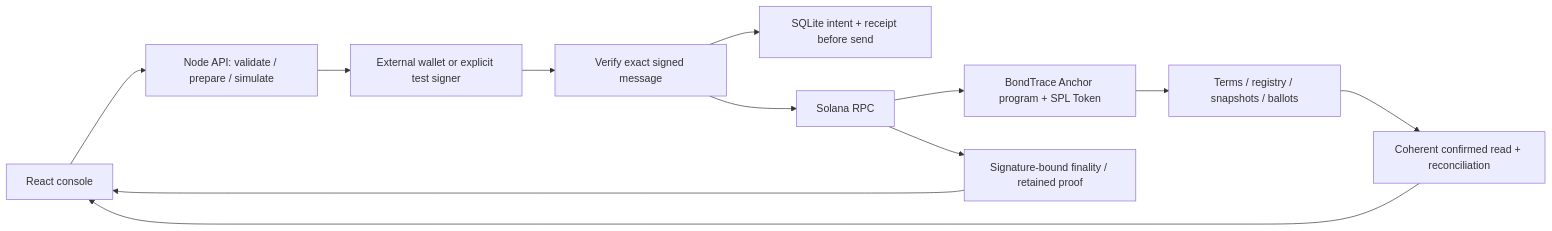
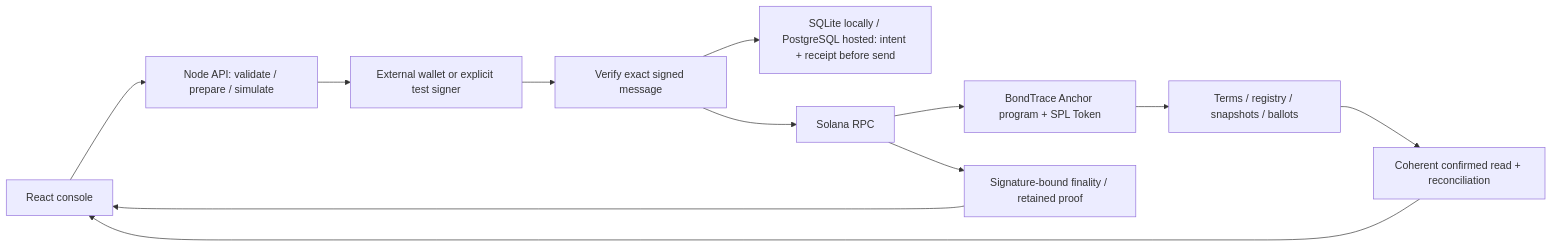
The diagram in README.md (dimik98330/solana-worldsfair-2026), drawn with Mermaid before and after one commit. The commit also changed other lines of this file and 49 other files, not shown here.

Commit message:
Prepare durable PostgreSQL hosting with verified Solana lifecycle

````diff
--- a/README.md
+++ b/README.md
@@ -110,14 +110,14 @@
 ```mermaid
 flowchart LR
   UI[React console] --> API[Node API: validate / prepare / simulate]
   API --> Wallet[External wallet or explicit test signer]
   Wallet --> Relay[Verify exact signed message]
-  Relay --> Journal[SQLite intent + receipt before send]
+  Relay --> Journal[SQLite locally / PostgreSQL hosted: intent + receipt before send]
   Relay --> RPC[Solana RPC]
   RPC --> Program[BondTrace Anchor program + SPL Token]
   Program --> Accounts[Terms / registry / snapshots / ballots]
   Accounts --> Read[Coherent confirmed read + reconciliation]
   Read --> UI
   RPC --> Proof[Signature-bound finality / retained proof]
   Proof --> UI
 ```
````
